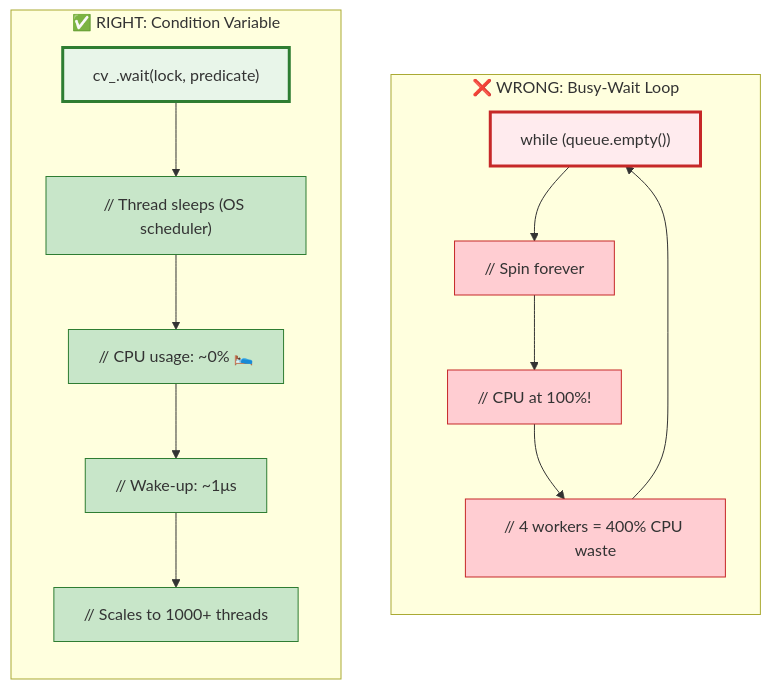
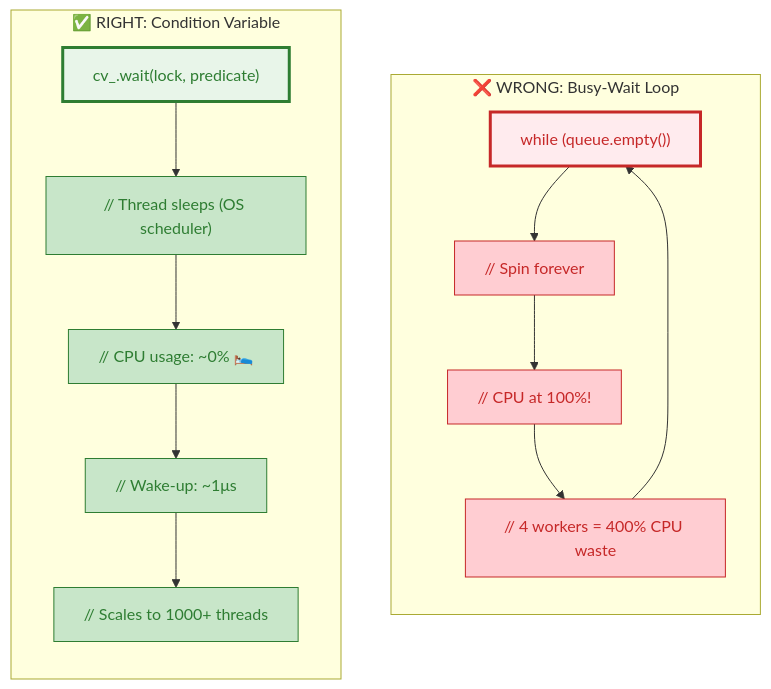
The fifth of 10 diagrams in docs/MULTITHREADING_ARCHITECTURE_DIAGRAM.md (amareshkumar/telemetryhub), drawn with Mermaid before and after one commit. The commit also changed other lines of this file and 7 other files, not shown here.

````diff
--- a/docs/MULTITHREADING_ARCHITECTURE_DIAGRAM.md
+++ b/docs/MULTITHREADING_ARCHITECTURE_DIAGRAM.md
@@ -269,30 +269,30 @@
 ```mermaid
 flowchart TB
     subgraph Wrong["❌ WRONG: Busy-Wait Loop"]
         direction TB
         W1["while (queue.empty())"]
         W2["// Spin forever"]
         W3["// CPU at 100%!"]
         W4["// 4 workers = 400% CPU waste"]
         W1 --> W2 --> W3 --> W4 --> W1
-        style W1 fill:#ffebee,stroke:#c62828,stroke-width:3px
-        style W2 fill:#ffcdd2,stroke:#c62828
-        style W3 fill:#ffcdd2,stroke:#c62828
-        style W4 fill:#ffcdd2,stroke:#c62828
+        style W1 fill:#ffebee,stroke:#c62828,stroke-width:3px,color:#c62828
+        style W2 fill:#ffcdd2,stroke:#c62828,color:#c62828
+        style W3 fill:#ffcdd2,stroke:#c62828,color:#c62828
+        style W4 fill:#ffcdd2,stroke:#c62828,color:#c62828
     end
     
     subgraph Right["✅ RIGHT: Condition Variable"]
         direction TB
         R1["cv_.wait(lock, predicate)"]
         R2["// Thread sleeps (OS scheduler)"]
         R3["// CPU usage: ~0% 🛌"]
         R4["// Wake-up: ~1μs"]
         R5["// Scales to 1000+ threads"]
         R1 --> R2 --> R3 --> R4 --> R5
-        style R1 fill:#e8f5e9,stroke:#2e7d32,stroke-width:3px
-        style R2 fill:#c8e6c9,stroke:#2e7d32
-        style R3 fill:#c8e6c9,stroke:#2e7d32
-        style R4 fill:#c8e6c9,stroke:#2e7d32
-        style R5 fill:#c8e6c9,stroke:#2e7d32
+        style R1 fill:#e8f5e9,stroke:#2e7d32,stroke-width:3px,color:#2e7d32
+        style R2 fill:#c8e6c9,stroke:#2e7d32,color:#2e7d32
+        style R3 fill:#c8e6c9,stroke:#2e7d32,color:#2e7d32
+        style R4 fill:#c8e6c9,stroke:#2e7d32,color:#2e7d32
+        style R5 fill:#c8e6c9,stroke:#2e7d32,color:#2e7d32
     end
 ```
````
